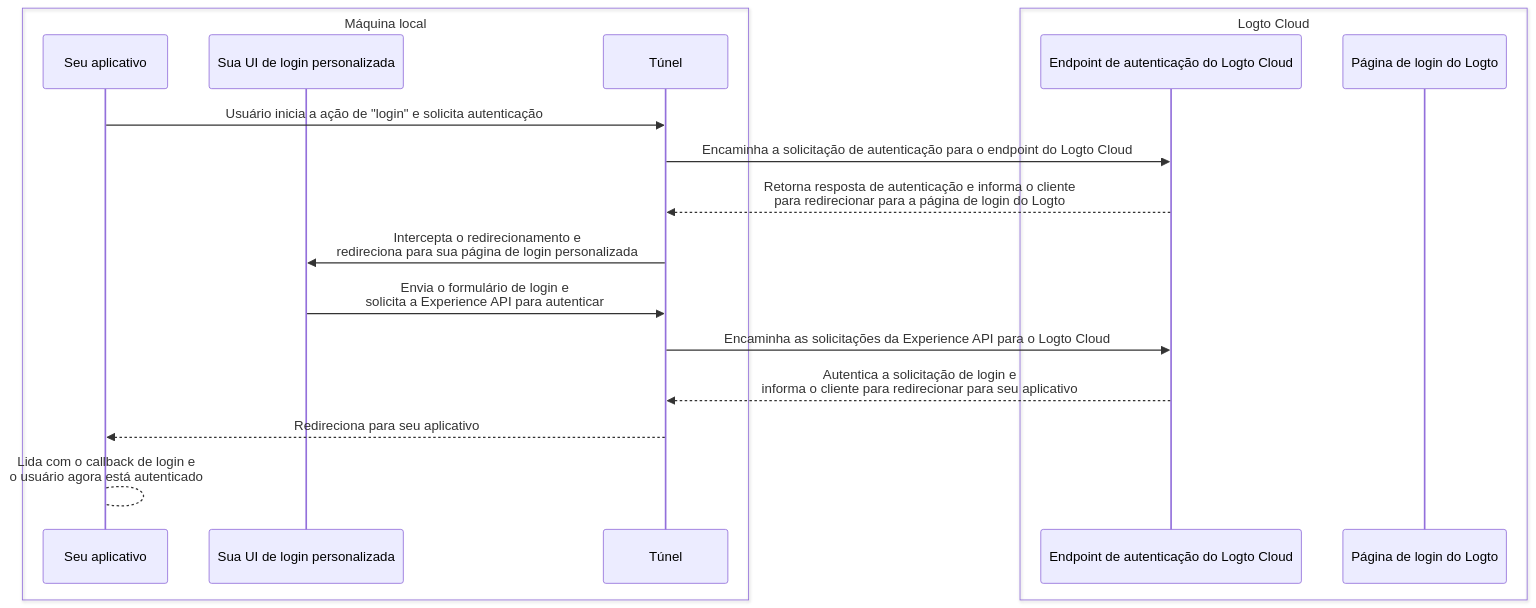
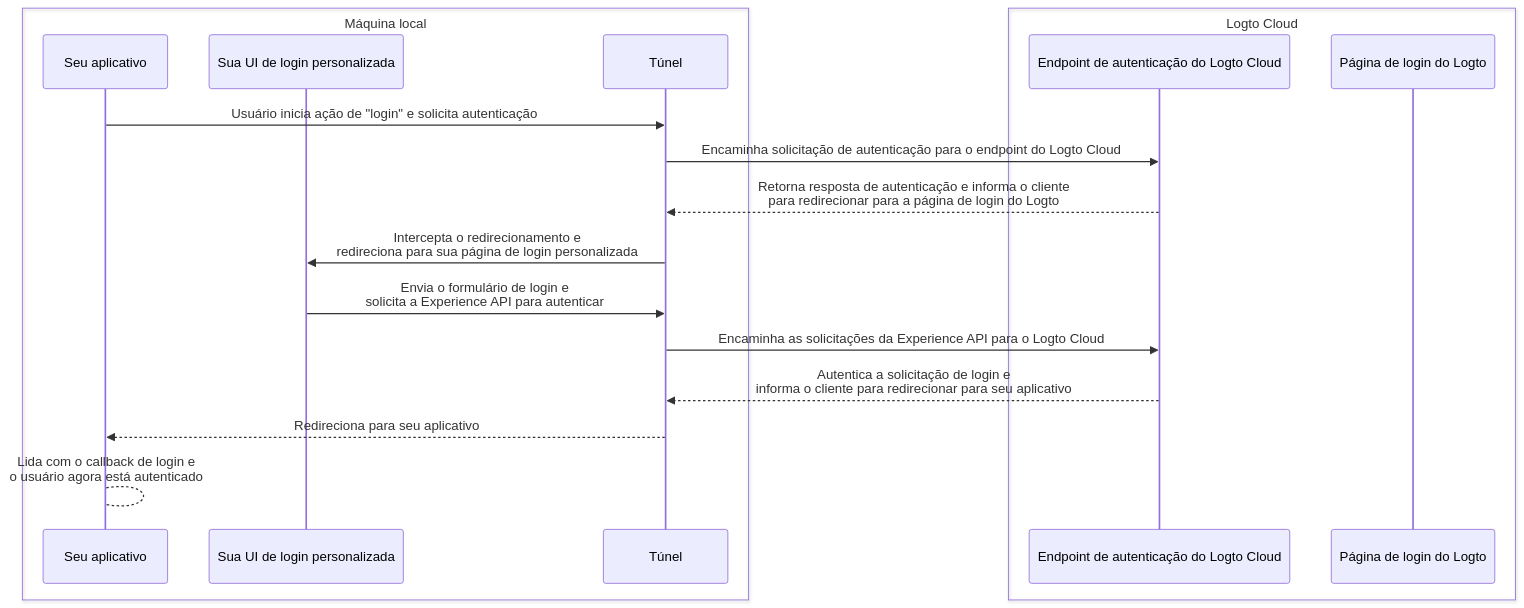
The second of 2 diagrams in i18n/pt-BR/docusaurus-plugin-content-docs/current/customization/bring-your-ui/debug-and-test-your-custom-ui-locally.mdx (logto-io/docs), drawn with Mermaid before and after one commit. The commit also changed other lines of this file and 234 other files, not shown here.

````diff
--- a/i18n/pt-BR/docusaurus-plugin-content-docs/current/customization/bring-your-ui/debug-and-test-your-custom-ui-locally.mdx
+++ b/i18n/pt-BR/docusaurus-plugin-content-docs/current/customization/bring-your-ui/debug-and-test-your-custom-ui-locally.mdx
@@ -45,21 +45,21 @@
 ```mermaid
 sequenceDiagram
     box Máquina local
     participant A as Seu aplicativo
     participant B as Sua UI de login personalizada
     participant C as Túnel
     end
     box Logto Cloud
     participant D as Endpoint de autenticação do Logto Cloud
     participant E as Página de login do Logto
     end
-    A ->> C: Usuário inicia a ação de "login" e solicita autenticação
-    C ->> D: Encaminha a solicitação de autenticação para o endpoint do Logto Cloud
+    A ->> C: Usuário inicia ação de "login" e solicita autenticação
+    C ->> D: Encaminha solicitação de autenticação para o endpoint do Logto Cloud
     D -->> C: Retorna resposta de autenticação e informa o cliente<br/>para redirecionar para a página de login do Logto
     C ->> B: Intercepta o redirecionamento e<br/>redireciona para sua página de login personalizada
     B ->> C: Envia o formulário de login e<br/>solicita a Experience API para autenticar
     C ->> D: Encaminha as solicitações da Experience API para o Logto Cloud
     D -->> C: Autentica a solicitação de login e<br/>informa o cliente para redirecionar para seu aplicativo
     C -->> A: Redireciona para seu aplicativo
     A --> A: Lida com o callback de login e<br/>o usuário agora está autenticado
 ```
````
